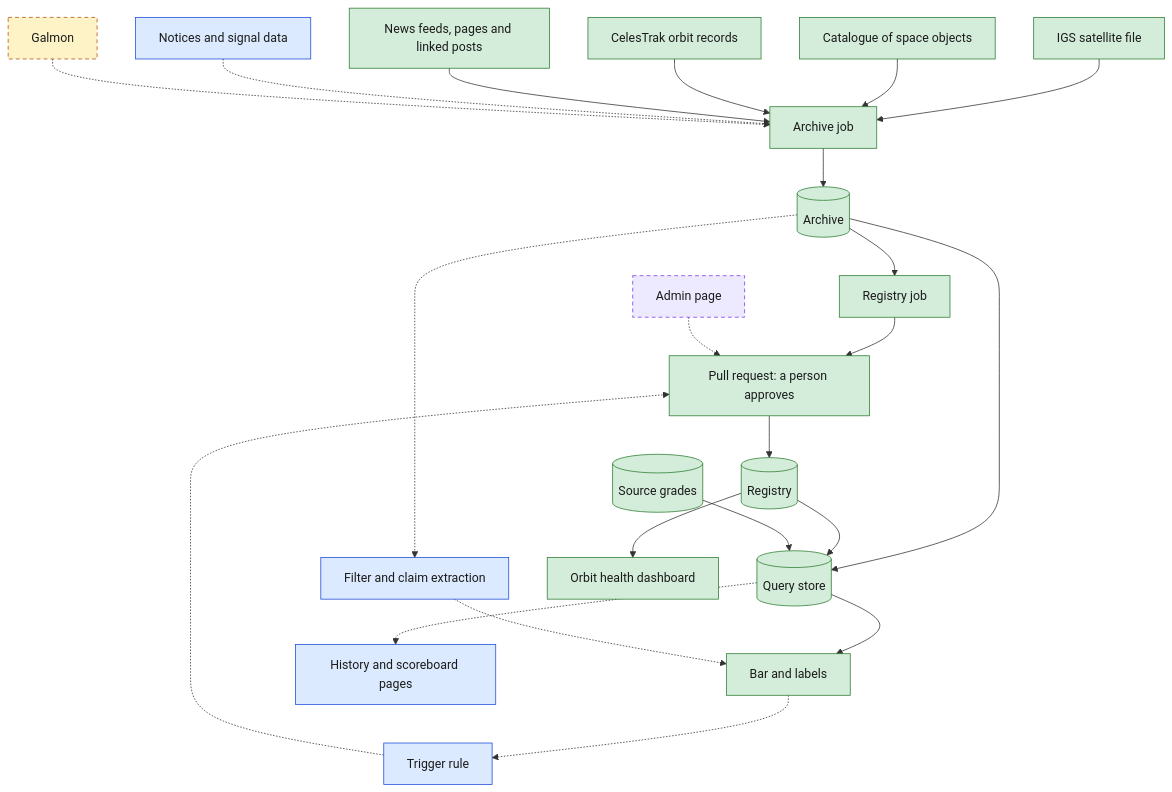
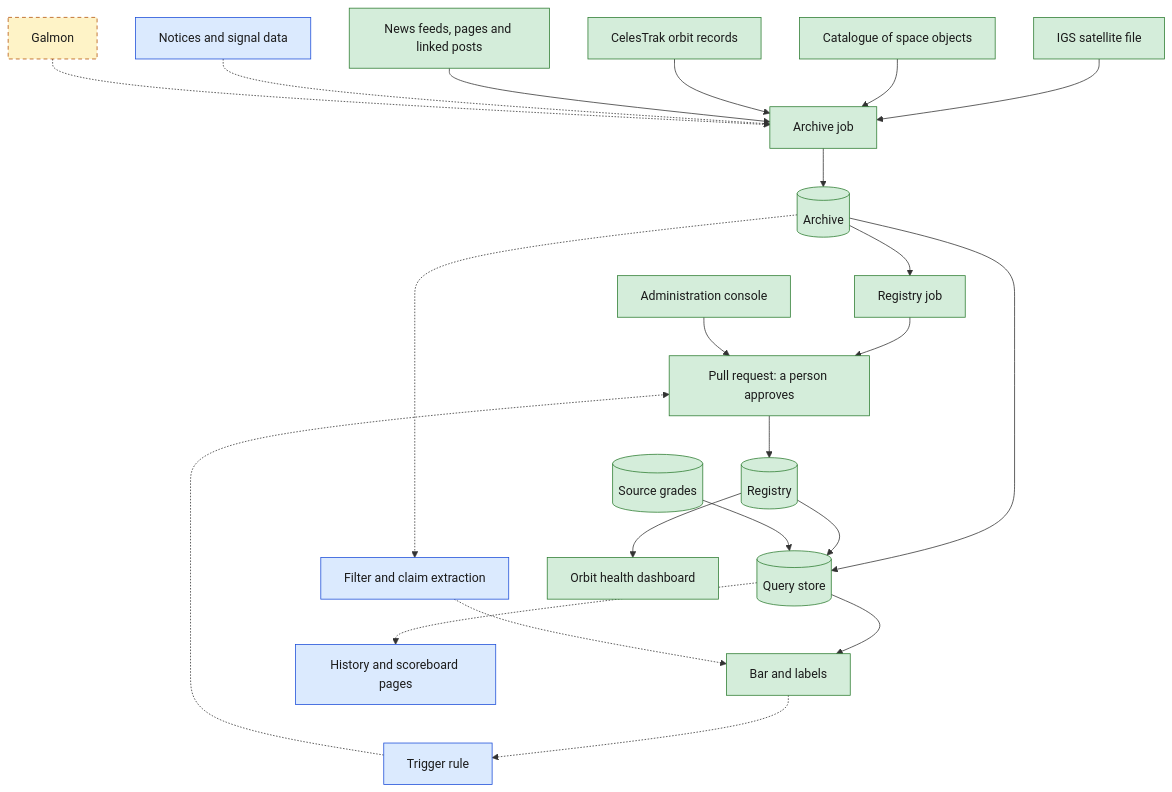
One commit to SumanthVarma798/GNSS-Constellation-Health-Monitoring-System changed the first of 5 diagrams in docs/system-design.md. Above: the diagram before and after it, drawn with Mermaid. The commit also changed other lines of this file and 6 other files, not shown here.

````diff
--- a/docs/system-design.md
+++ b/docs/system-design.md
@@ -22,29 +22,29 @@
 ```mermaid
 flowchart TB
   igs["IGS satellite file"]:::built --> fetch["Archive job"]:::built
   gcat["Catalogue of space objects"]:::built --> fetch
   orbits["CelesTrak orbit records"]:::built --> fetch
   news["News feeds, pages and linked posts"]:::built --> fetch
   more["Notices and signal data"]:::planned -.-> fetch
   galmon["Galmon"]:::hold -.-> fetch
   fetch --> archive[("Archive")]:::built
   archive --> regjob["Registry job"]:::built
   regjob --> pr["Pull request: a person approves"]:::built
   pr --> registry[("Registry")]:::built
   archive --> store[("Query store")]:::built
   registry --> store
   grades[("Source grades")]:::built --> store
   store --> bar["Bar and labels"]:::built
   archive -.-> extract["Filter and claim extraction"]:::planned
   extract -.-> bar
   bar -.-> trigger["Trigger rule"]:::planned
   trigger -.-> pr
   store -.-> pages["History and scoreboard pages"]:::planned
   registry --> orbit["Orbit health dashboard"]:::built
-  admin["Admin page"]:::later -.-> pr
+  admin["Administration console"]:::built --> pr
 
   classDef built fill:#d4edda,stroke:#2e7d32,color:#1b1b1b
   classDef planned fill:#dbeafe,stroke:#1d4ed8,color:#1b1b1b
   classDef later fill:#ede9fe,stroke:#7c3aed,color:#1b1b1b,stroke-dasharray:5 4
   classDef hold fill:#fef3c7,stroke:#b45309,color:#1b1b1b,stroke-dasharray:5 4
 ```
````
